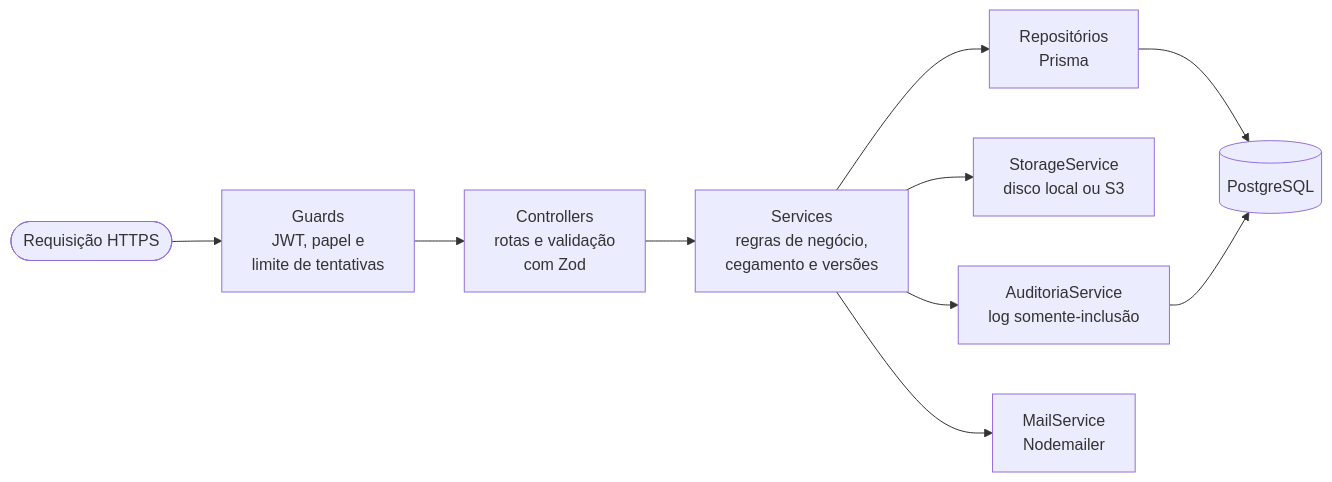
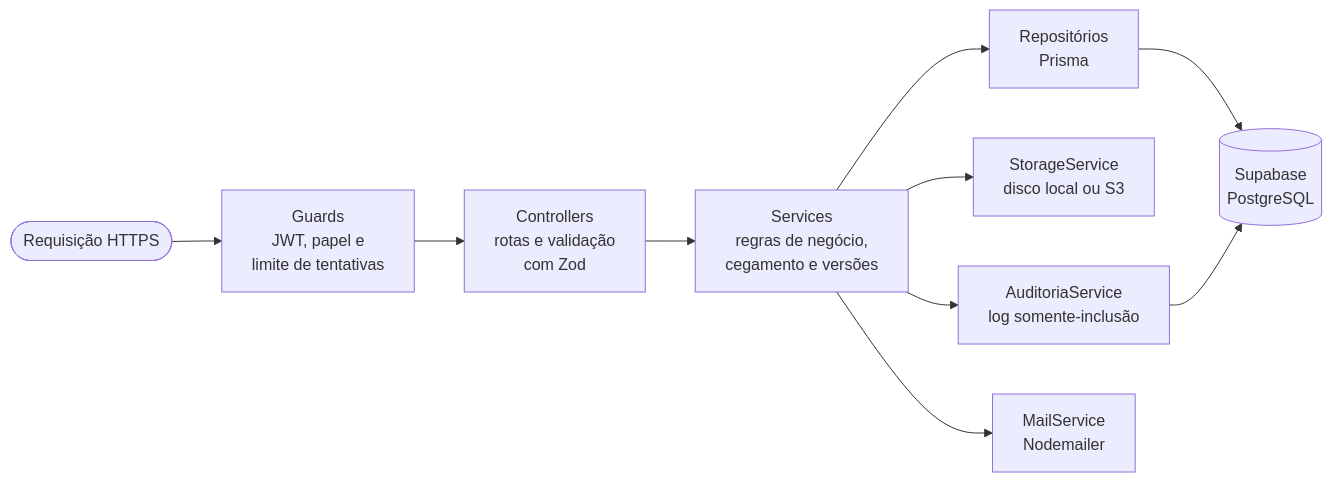
One commit to Matheus-Lordron/ki67 changed the third of 12 diagrams in docs/02-arquitetura.md. Above: the diagram before and after it, drawn with Mermaid. The commit also changed other lines of this file and 5 other files, not shown here.

````diff
--- a/docs/02-arquitetura.md
+++ b/docs/02-arquitetura.md
@@ -66,12 +67,12 @@
 ```mermaid
 flowchart LR
     REQ(["Requisição HTTPS"]) --> G["Guards<br/>JWT, papel e<br/>limite de tentativas"]
     G --> C["Controllers<br/>rotas e validação<br/>com Zod"]
     C --> SV["Services<br/>regras de negócio,<br/>cegamento e versões"]
     SV --> RP["Repositórios<br/>Prisma"]
-    RP --> DB[("PostgreSQL")]
+    RP --> DB[("Supabase<br/>PostgreSQL")]
     SV --> ST["StorageService<br/>disco local ou S3"]
     SV --> AU["AuditoriaService<br/>log somente-inclusão"]
     AU --> DB
     SV --> MAIL["MailService<br/>Nodemailer"]
 ```
````
